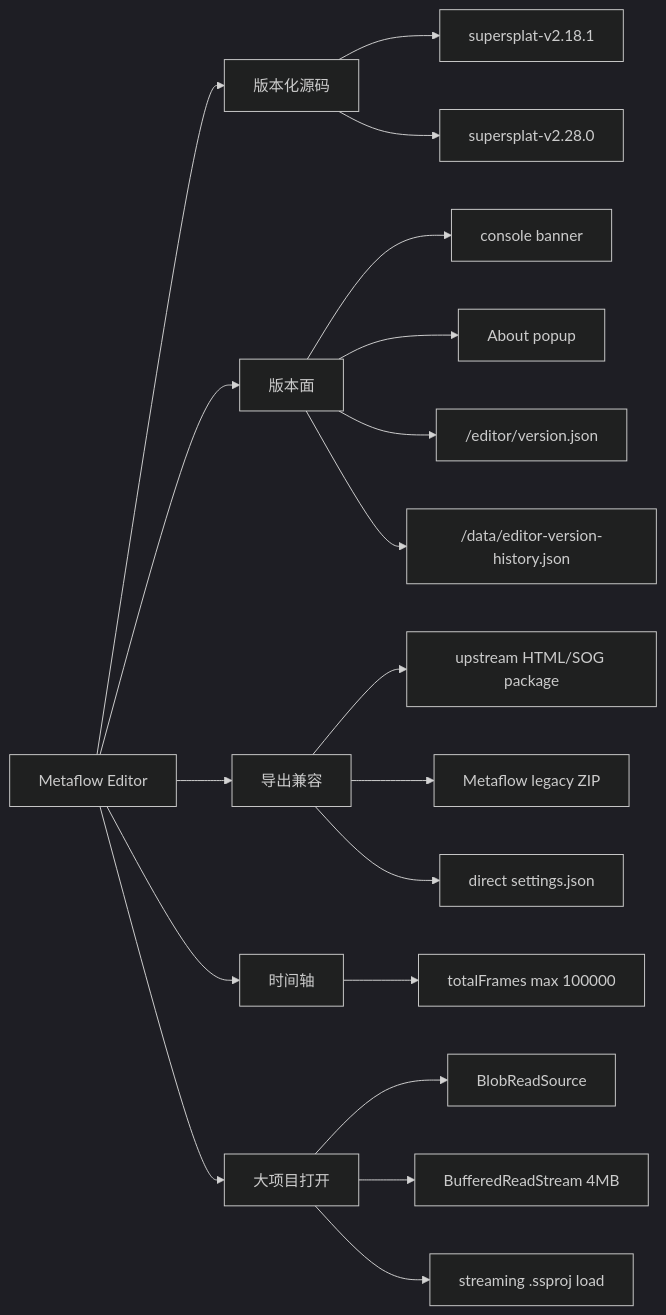
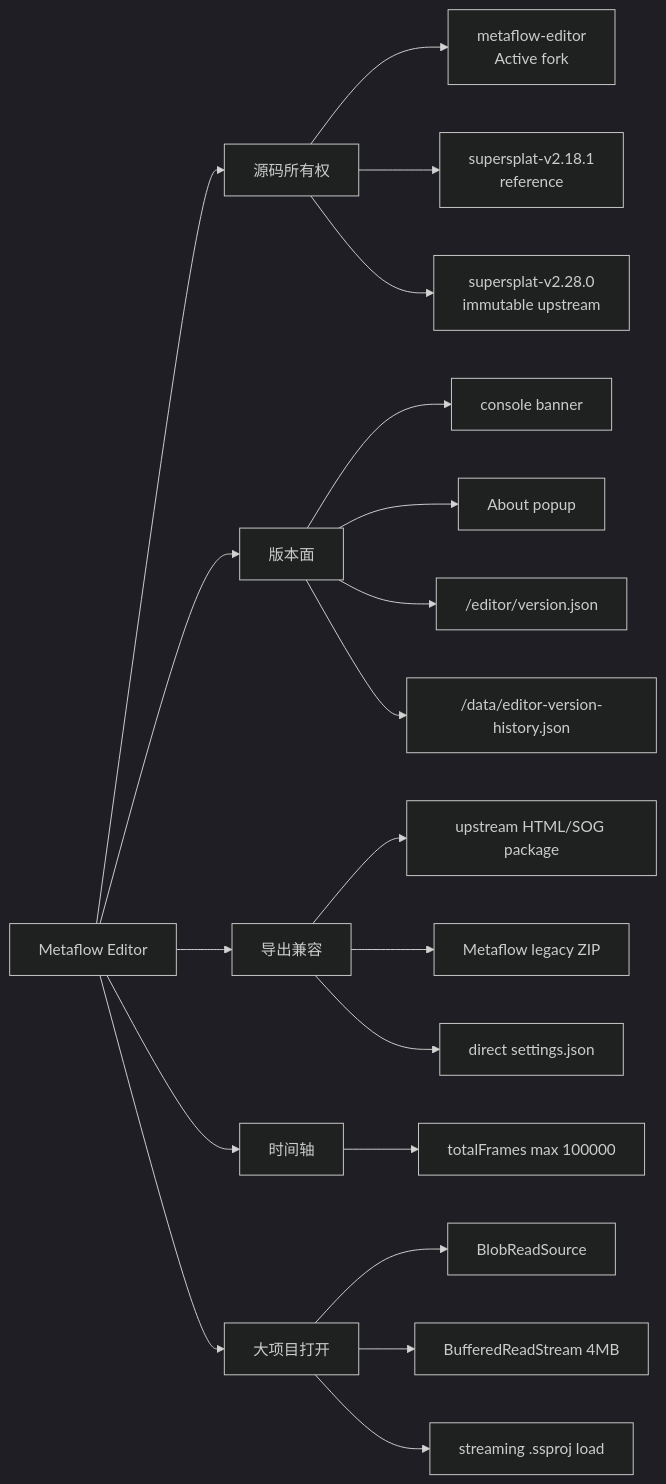
One commit to Shuang-su/Metaflow changed the first of 2 diagrams in docs/metaflow-editor-change-ledger.md. Above: the diagram before and after it, drawn with Mermaid (dark theme). The commit also changed other lines of this file and 276 other files, not shown here.

Commit message:
feat(editor): separate active source from upstream snapshot

````diff
--- a/docs/metaflow-editor-change-ledger.md
+++ b/docs/metaflow-editor-change-ledger.md
@@ -29,22 +29,23 @@
 ```mermaid
 flowchart LR
     A["Metaflow Editor"]
-    A --> B["版本化源码"]
-    B --> B1["supersplat-v2.18.1"]
-    B --> B2["supersplat-v2.28.0"]
+    A --> B["源码所有权"]
+    B --> B1["metaflow-editor<br/>Active fork"]
+    B --> B2["supersplat-v2.18.1<br/>reference"]
+    B --> B3["supersplat-v2.28.0<br/>immutable upstream"]
     A --> C["版本面"]
     C --> C1["console banner"]
     C --> C2["About popup"]
     C --> C3["/editor/version.json"]
     C --> C4["/data/editor-version-history.json"]
     A --> D["导出兼容"]
     D --> D1["upstream HTML/SOG package"]
     D --> D2["Metaflow legacy ZIP"]
     D --> D3["direct settings.json"]
     A --> E["时间轴"]
     E --> E1["totalFrames max 100000"]
     A --> F["大项目打开"]
     F --> F1["BlobReadSource"]
     F --> F2["BufferedReadStream 4MB"]
     F --> F3["streaming .ssproj load"]
 ```
````
